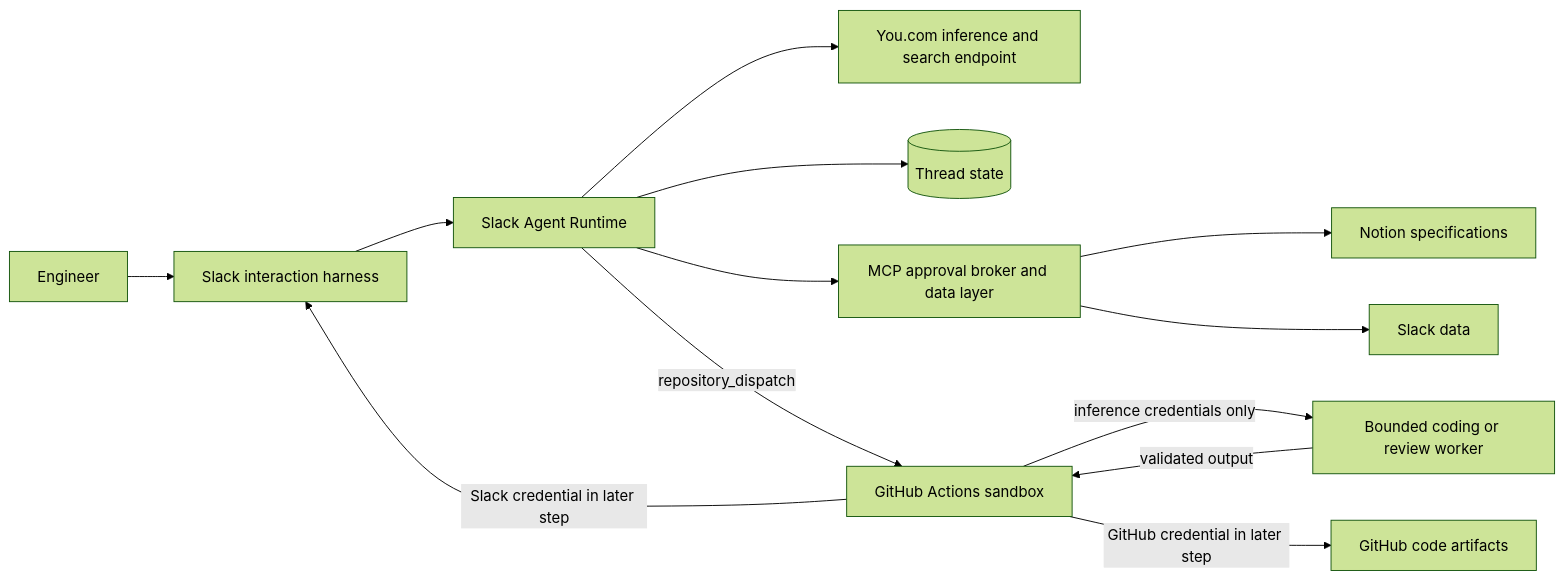
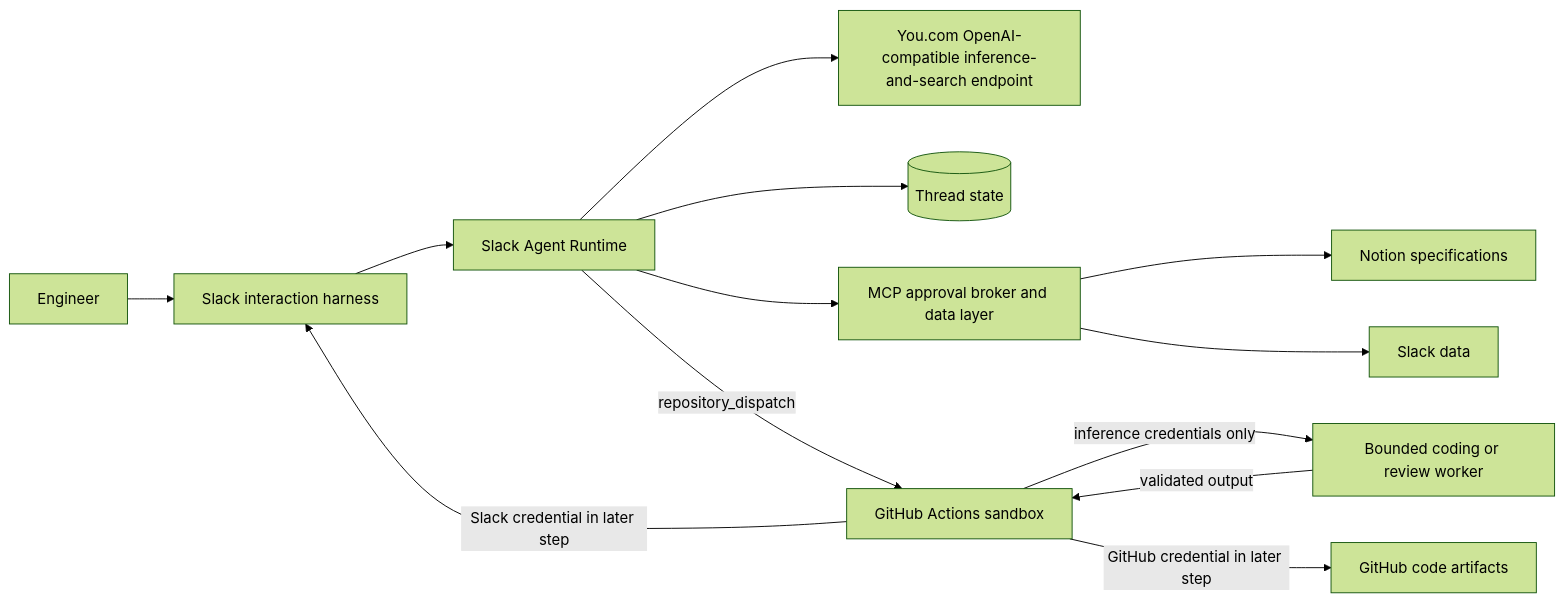
Before and after one commit to sakomws/slack-agent-runtime: the first of 2 diagrams in docs/slack-agent-runtime-30-minute-talk.md, drawn with Mermaid (forest theme). The commit also changed other lines of this file and 1 other file, not shown here.

Commit message:
Clarify You.com inference endpoint

````diff
--- a/docs/slack-agent-runtime-30-minute-talk.md
+++ b/docs/slack-agent-runtime-30-minute-talk.md
@@ -171,15 +171,15 @@
 ```mermaid
 flowchart LR
     U[Engineer] --> S[Slack interaction harness]
     S --> R[Slack Agent Runtime]
-    R --> Y[You.com inference and search endpoint]
+    R --> Y[You.com OpenAI-compatible inference-and-search endpoint]
     R --> P[(Thread state)]
     R --> A[MCP approval broker and data layer]
     A --> N[Notion specifications]
     A --> SD[Slack data]
     R -->|repository_dispatch| GA[GitHub Actions sandbox]
     GA -->|inference credentials only| W[Bounded coding or review worker]
     W -->|validated output| GA
     GA -->|GitHub credential in later step| GH[GitHub code artifacts]
     GA -->|Slack credential in later step| S
 ```
````
